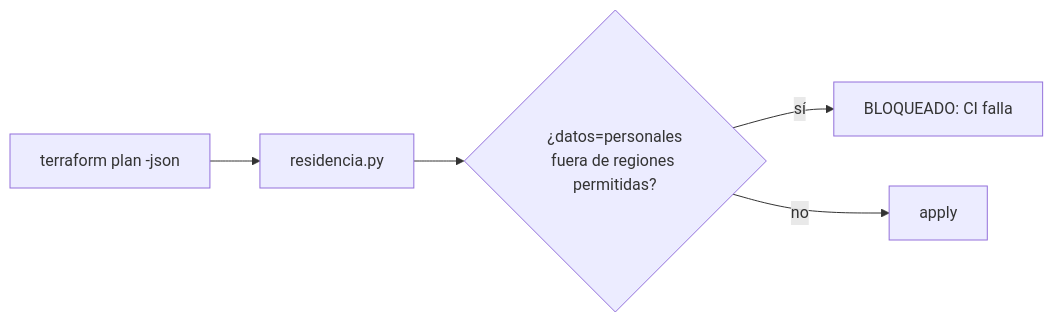
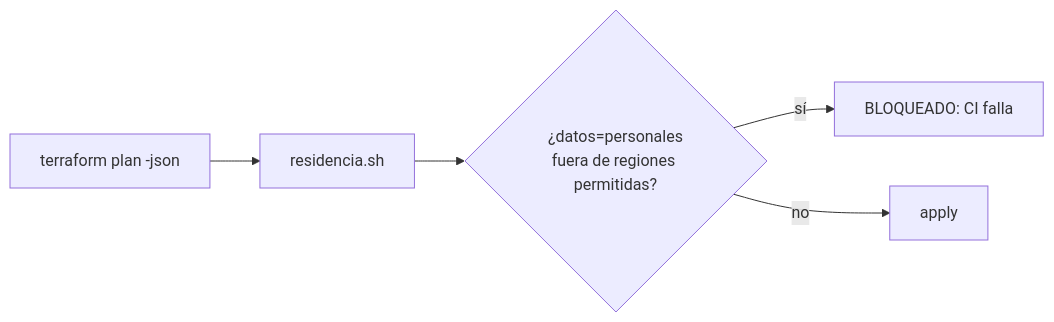
One commit to NICORUIZ93/The_Imperial_Book changed diagram 11 of 11 in web/public/content/cloud/modulo-31.md. Above: the diagram before and after it, drawn with Mermaid. The commit also changed other lines of this file and 16 other files, not shown here.

````diff
--- a/web/public/content/cloud/modulo-31.md
+++ b/web/public/content/cloud/modulo-31.md
@@ -311,7 +328,7 @@
 ```mermaid
 flowchart LR
-    P["terraform plan -json"] --> R["residencia.py"]
+    P["terraform plan -json"] --> R["residencia.sh"]
     R --> C{"¿datos=personales<br/>fuera de regiones permitidas?"}
     C -->|sí| B["BLOQUEADO: CI falla"]
     C -->|no| A["apply"]
 ```
````
